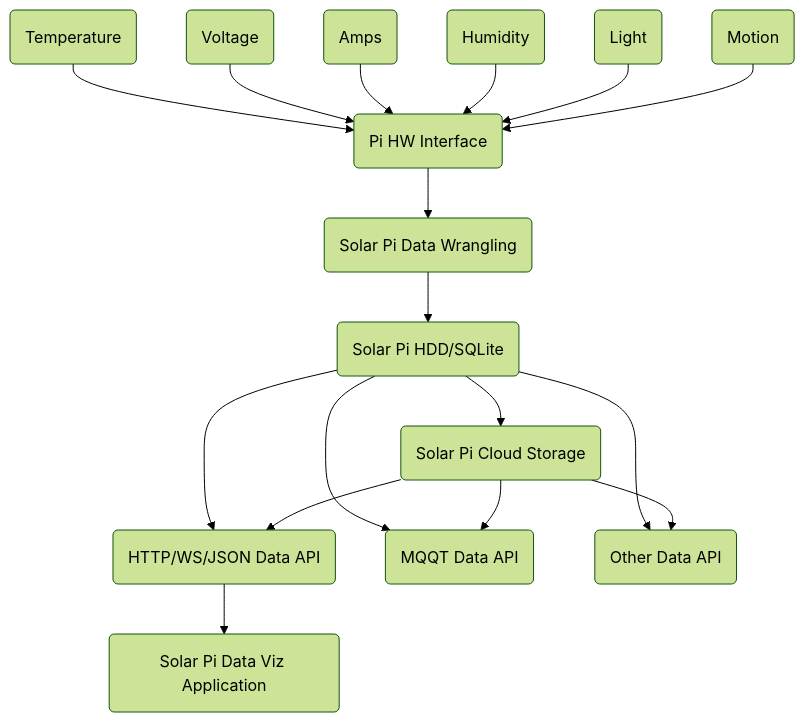
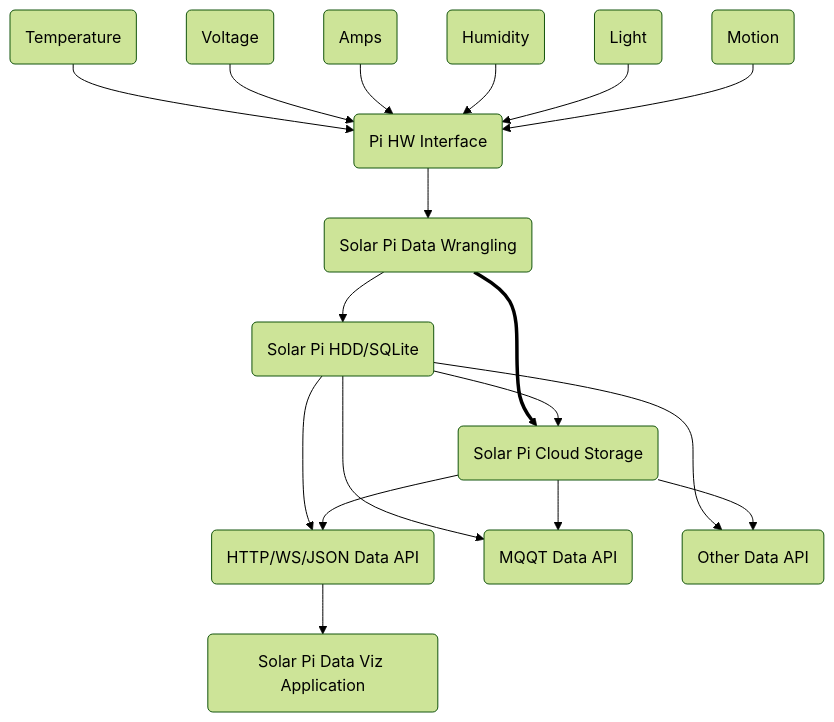
One commit to ericdmoore/solar-pi changed the second of 2 diagrams in README.md. Above: the diagram before and after it, drawn with Mermaid (forest theme).

Commit message:
ReWiring Software digram

````diff
--- a/README.md
+++ b/README.md
@@ -169,19 +169,20 @@
 ```mermaid
   graph TD;
       Sensor1(Temperature)-->HWIntf
       Sensor2(Voltage)-->HWIntf
       Sensor3(Amps)-->HWIntf
       Sensor4(Humidity)-->HWIntf
       Sensor5(Light)-->HWIntf
       Sensor6(Motion)-->HWIntf
       HWIntf(Pi HW Interface)-->solData(Solar Pi Data Wrangling)
-      solData(Solar Pi Data Wrangling)-->solStorageLocal(Solar Pi HDD/SQLite)
-      solStorageLocal(Solar Pi HDD/SQLite)-->solCloudStorage(Solar Pi Cloud Storage)
+      solData-->solStorageLocal(Solar Pi HDD/SQLite)
+      solData==>solCloudStorage(Solar Pi Cloud Storage)
+      solStorageLocal(Solar Pi HDD/SQLite)-->solCloudStorage
       solStorageLocal-->ApiIntf1(HTTP/WS/JSON Data API)
-      solCloudStorage-->ApiIntf1(HTTP/WS/JSON Data API)
+      solCloudStorage-->ApiIntf1
       solStorageLocal-->ApiIntf2(MQQT Data API)
-      solCloudStorage-->ApiIntf2(MQQT Data API)
+      solCloudStorage-->ApiIntf2
       solStorageLocal-->ApiIntfN(Other Data API)
-      solCloudStorage-->ApiIntfN(Other Data API)
+      solCloudStorage-->ApiIntfN
       ApiIntf1-->solVizApp(Solar Pi Data Viz Application)
 ```
````
